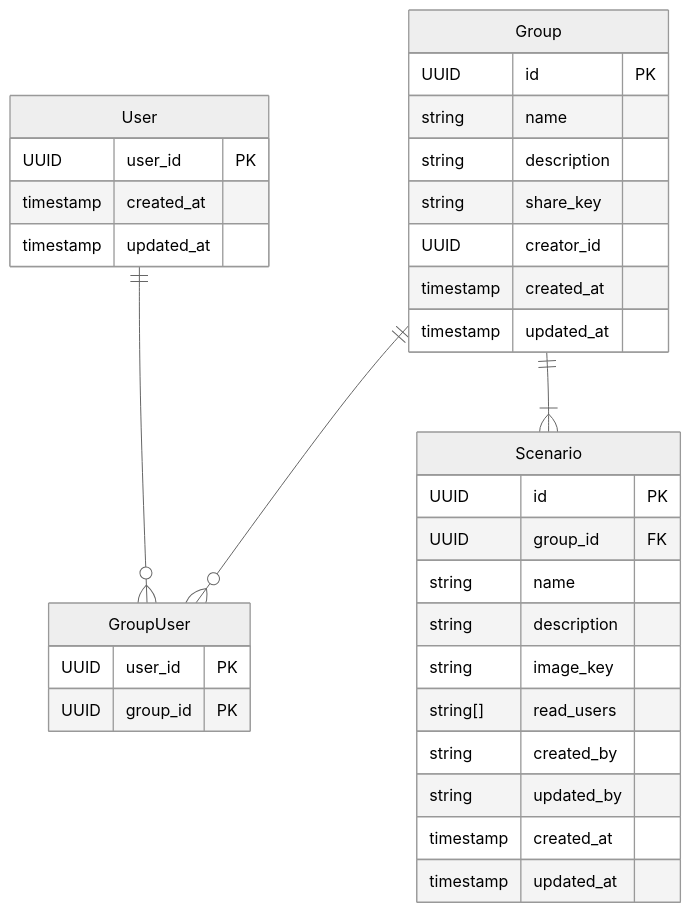
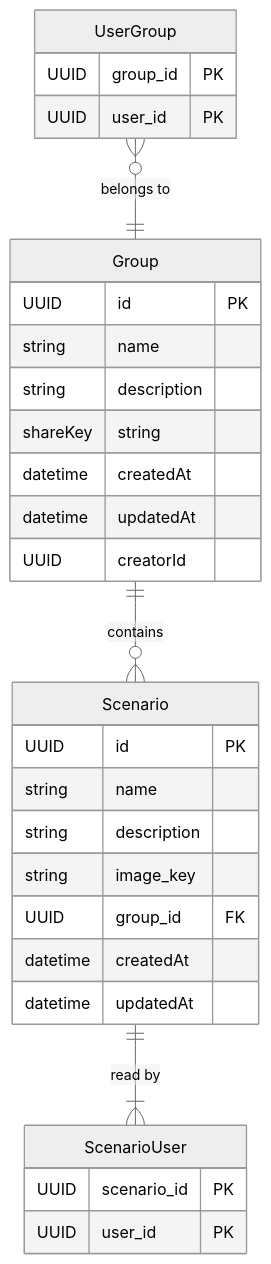
One commit to Keito654/trpg-manager changed the diagram in 仕様書/システム構造設計書.md. Above: the diagram before and after it, drawn with Mermaid (neutral theme).

````diff
--- a/仕様書/システム構造設計書.md
+++ b/仕様書/システム構造設計書.md
@@ -19,37 +19,34 @@
 ```mermaid
 erDiagram
-    User ||--o{ GroupUser : ""
-    Group ||--o{ GroupUser : ""
-    Group ||--|{ Scenario : ""
+    UserGroup }o--|| Group : "belongs to"
+    Group ||--o{ Scenario : "contains"
+    Scenario ||--|{ ScenarioUser : "read by"
+
     
-    User {
-      UUID user_id PK
-      timestamp created_at
-      timestamp updated_at
-    }
     Group {
-      UUID id PK
-      string name
-      string description
-      string share_key
-      UUID creator_id
-      timestamp created_at
-      timestamp updated_at
-    }
-    GroupUser {
-      UUID user_id PK
-      UUID group_id PK
+        UUID id PK
+        string name
+        string description
+        shareKey string
+        datetime createdAt
+        datetime updatedAt
+        UUID creatorId
     }
     Scenario {
-      UUID id PK
-      UUID group_id FK
-      string name
-      string description
-      string image_key
-      string[] read_users
-      string created_by
-      string updated_by
-      timestamp created_at
-      timestamp updated_at
+        UUID id PK
+        string name
+        string description
+        string image_key
+        UUID group_id FK
+        datetime createdAt
+        datetime updatedAt
+    }
+    UserGroup {
+        UUID group_id PK
+        UUID user_id  PK
+    }
+    ScenarioUser {
+        UUID scenario_id PK
+        UUID user_id PK
     }
 ```
````
